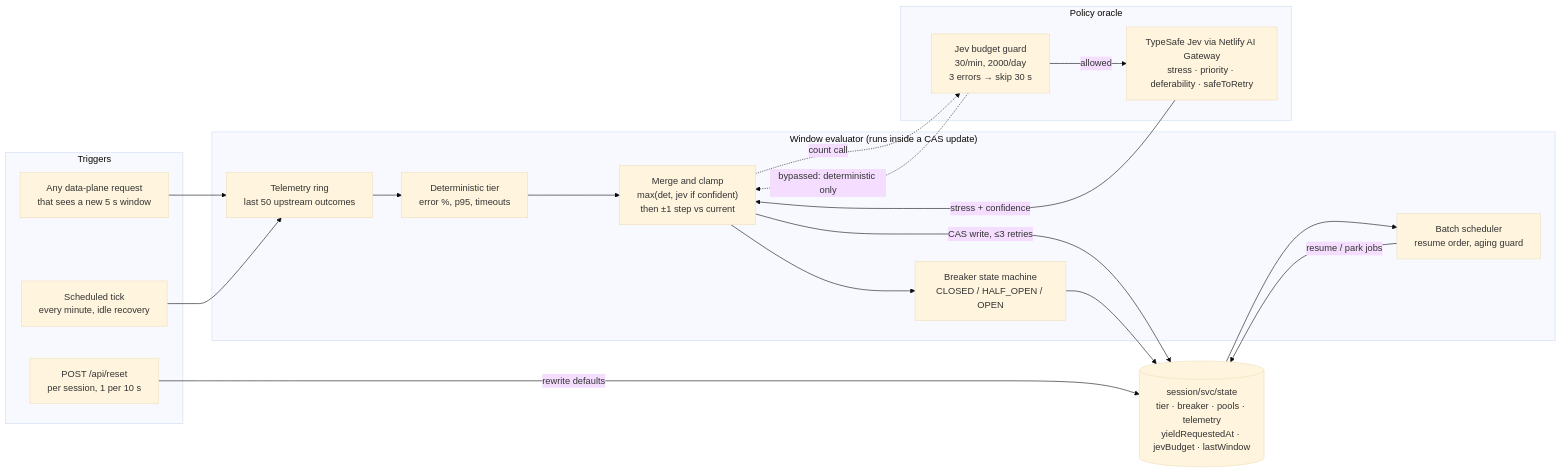
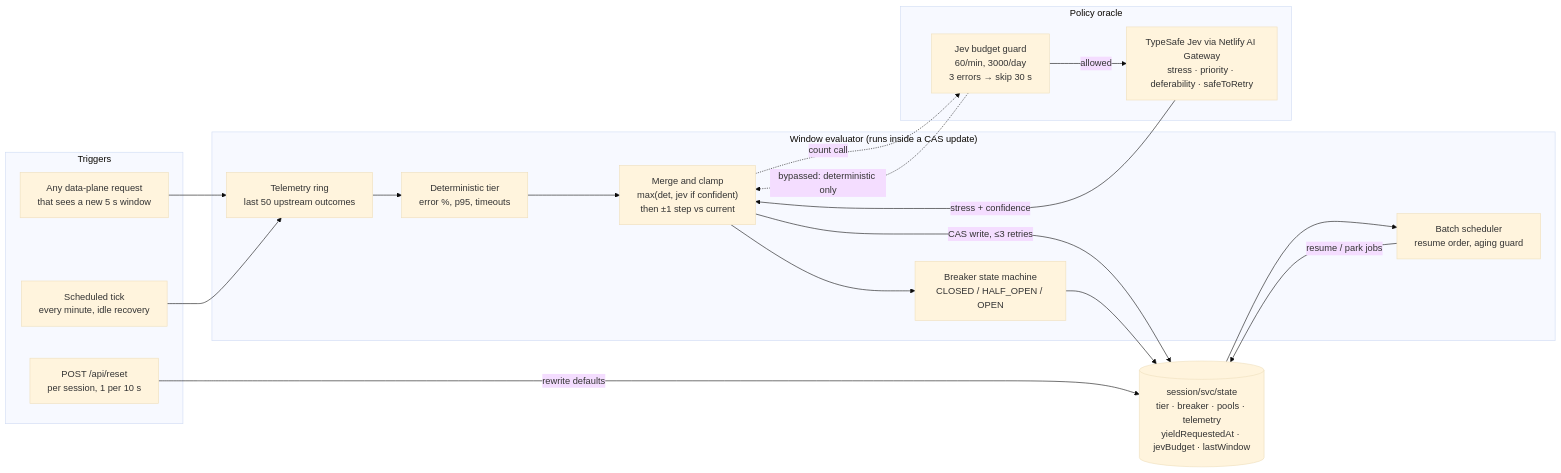
Before and after one commit to bharath-ramaprasad/infra-guardian: the first of 5 diagrams in docs/control-plane.md, drawn with Mermaid (base theme). The commit also changed other lines of this file and 34 other files, not shown here.

````diff
--- a/docs/control-plane.md
+++ b/docs/control-plane.md
@@ -13,37 +13,37 @@
 ```mermaid
 flowchart LR
   subgraph Triggers
     REQ["Any data-plane request<br/>that sees a new 5 s window"]
     TICK["Scheduled tick<br/>every minute, idle recovery"]
     RESET["POST /api/reset<br/>per session, 1 per 10 s"]
   end
 
   subgraph EVAL["Window evaluator (runs inside a CAS update)"]
     TEL["Telemetry ring<br/>last 50 upstream outcomes"]
     DET["Deterministic tier<br/>error %, p95, timeouts"]
     MERGE["Merge and clamp<br/>max(det, jev if confident)<br/>then ±1 step vs current"]
     BRK["Breaker state machine<br/>CLOSED / HALF_OPEN / OPEN"]
     SCHED["Batch scheduler<br/>resume order, aging guard"]
   end
 
   subgraph ORACLE["Policy oracle"]
-    GUARD["Jev budget guard<br/>30/min, 2000/day<br/>3 errors → skip 30 s"]
+    GUARD["Jev budget guard<br/>60/min, 3000/day<br/>3 errors → skip 30 s"]
     JEV["TypeSafe Jev via Netlify AI Gateway<br/>stress · priority · deferability · safeToRetry"]
   end
 
   STATE[("session/svc/state<br/>tier · breaker · pools · telemetry<br/>yieldRequestedAt · jevBudget · lastWindow")]
 
   REQ --> TEL
   TICK --> TEL
   RESET -->|rewrite defaults| STATE
   TEL --> DET --> MERGE
   MERGE -.->|count call| GUARD
   GUARD -->|allowed| JEV
   JEV -->|stress + confidence| MERGE
   GUARD -.->|bypassed: deterministic only| MERGE
   MERGE --> BRK
   MERGE -->|CAS write, ≤3 retries| STATE
   BRK --> STATE
   STATE --> SCHED
   SCHED -->|resume / park jobs| STATE
 ```
````
